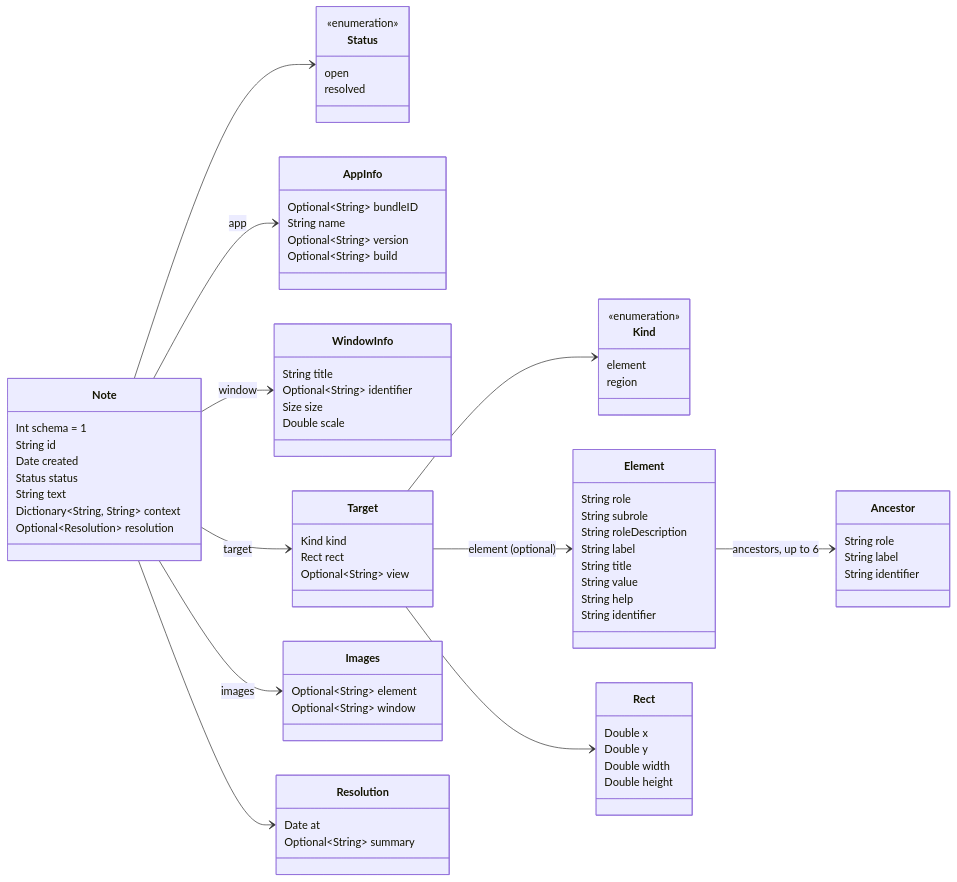
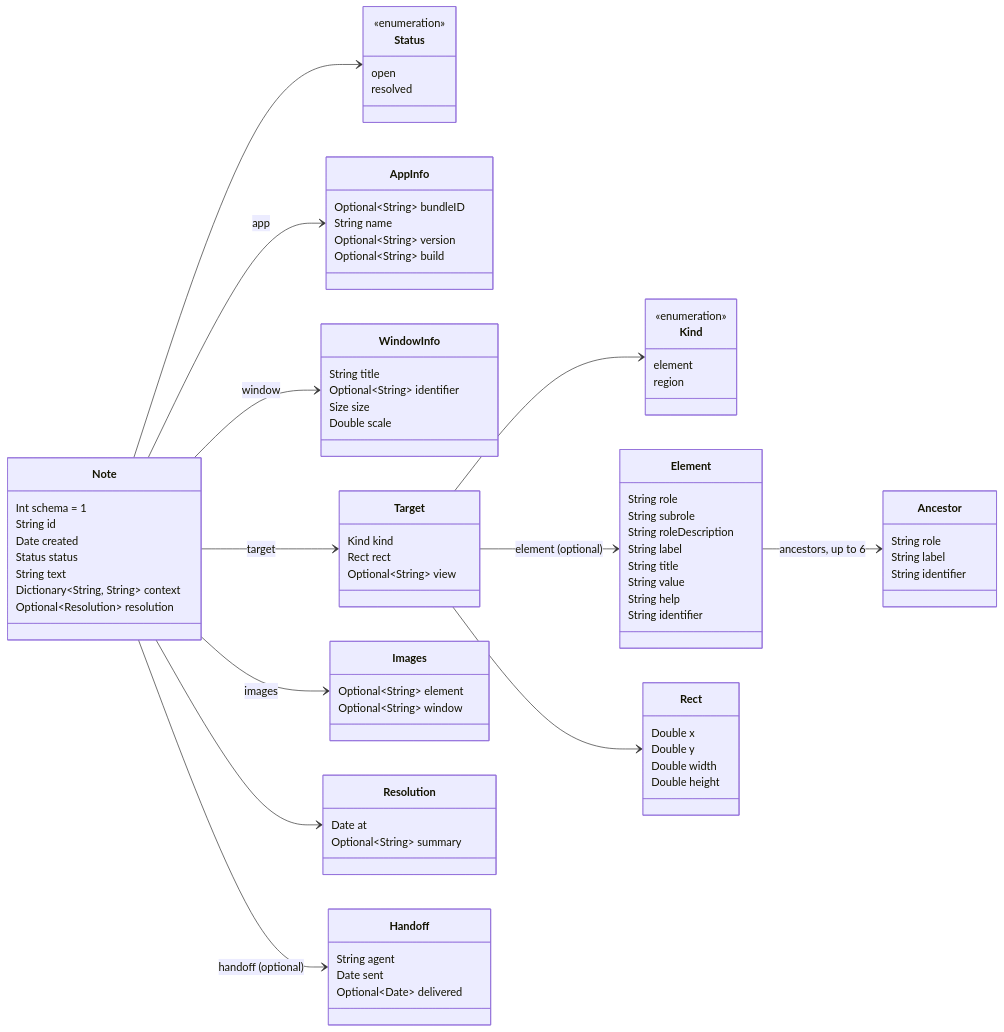
Diagram 14 of 21 in docs/ARCHITECTURE.md (ordinarynerds/tincan), drawn with Mermaid before and after one commit. The commit also changed other lines of this file and 15 other files, not shown here.

```diff
--- a/docs/ARCHITECTURE.md
+++ b/docs/ARCHITECTURE.md
@@ -445,6 +456,11 @@
         Date at
         Optional~String~ summary
     }
+    class Handoff {
+        String agent
+        Date sent
+        Optional~Date~ delivered
+    }
     class Rect {
         Double x
         Double y
@@ -458,6 +474,7 @@
     Note --> Target : target
     Note --> Images : images
     Note --> Resolution
+    Note --> Handoff : handoff (optional)
     Target --> Kind
     Target --> Rect
     Target --> Element : element (optional)
```
